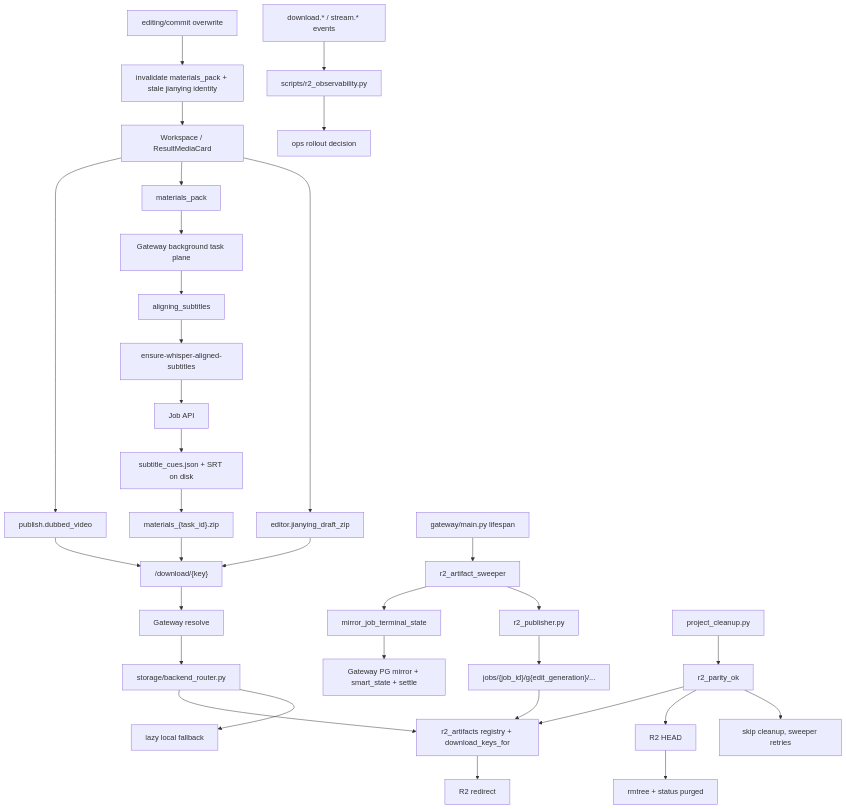
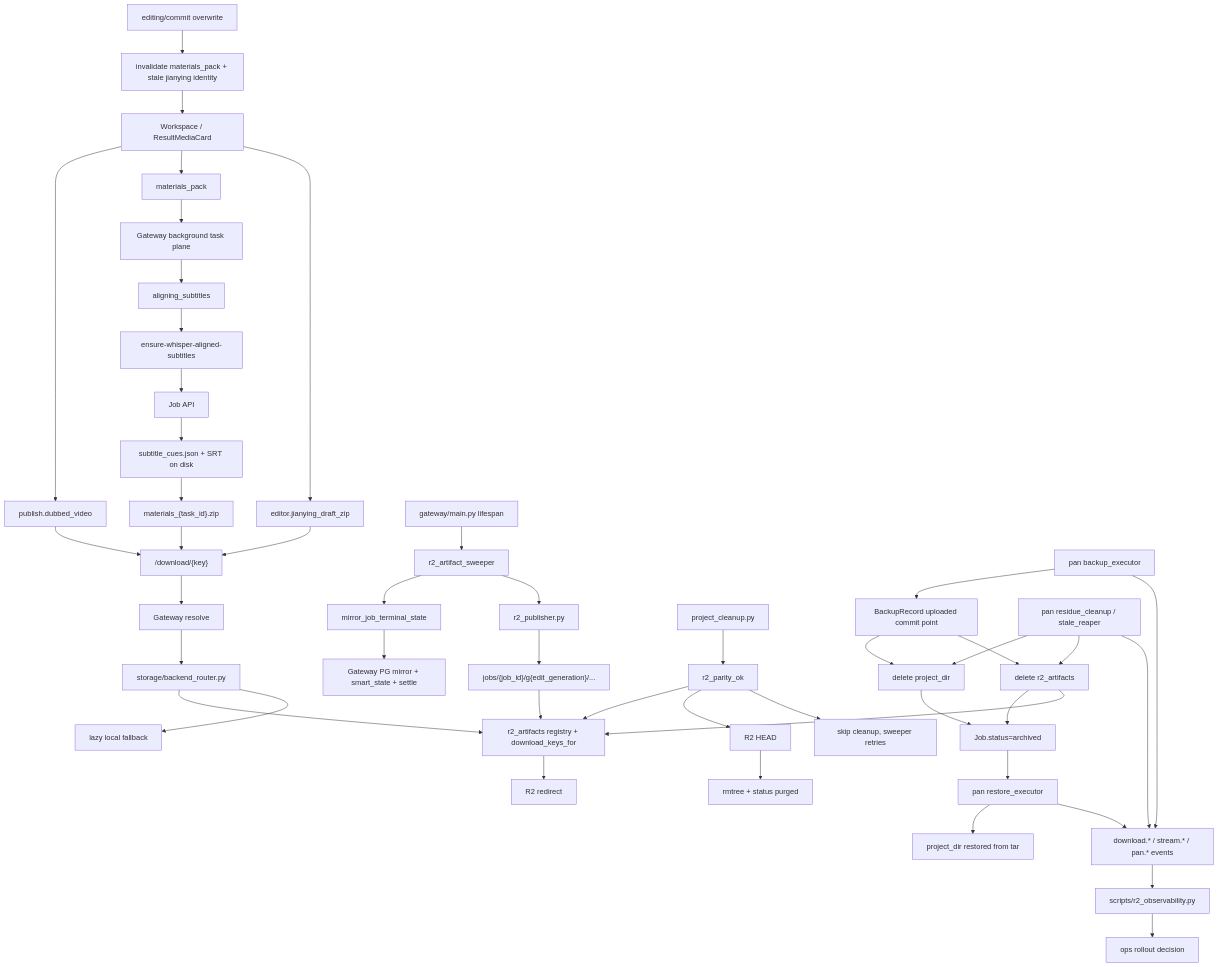
The diagram in docs/graphs/GITNEXUS_STORAGE_DELIVERY_R2_GRAPH.md (sun9bear/AITransVideo), drawn with Mermaid before and after one commit. The commit also changed other lines of this file and 14 other files, not shown here.

Commit message:
docs(graphs): refresh GitNexus project maps

````diff
--- a/docs/graphs/GITNEXUS_STORAGE_DELIVERY_R2_GRAPH.md
+++ b/docs/graphs/GITNEXUS_STORAGE_DELIVERY_R2_GRAPH.md
@@ -18,41 +19,55 @@
 ```mermaid
 graph TD
     ResultUI["Workspace / ResultMediaCard"] --> Video["publish.dubbed_video"]
     ResultUI --> Pack["materials_pack"]
     ResultUI --> JDraft["editor.jianying_draft_zip"]
 
     Pack --> TaskPlane["Gateway background task plane"]
     TaskPlane --> PreAlign["aligning_subtitles"]
     PreAlign --> EnsureApi["ensure-whisper-aligned-subtitles"]
     EnsureApi --> JobApi["Job API"]
     JobApi --> OnDiskSrt["subtitle_cues.json + SRT on disk"]
     OnDiskSrt --> PackZip["materials_{task_id}.zip"]
 
     Video --> DownloadKey["/download/{key}"]
     JDraft --> DownloadKey
     PackZip --> DownloadKey
     DownloadKey --> Gateway["Gateway resolve"]
     Gateway --> Router["storage/backend_router.py"]
     Router --> Registry["r2_artifacts registry + download_keys_for"]
     Registry --> R2["R2 redirect"]
     Router --> Local["lazy local fallback"]
 
     MainLife["gateway/main.py lifespan"] --> Sweeper["r2_artifact_sweeper"]
     Sweeper --> Mirror["mirror_job_terminal_state"]
     Mirror --> PG["Gateway PG mirror + smart_state + settle"]
     Sweeper --> Publisher["r2_publisher.py"]
     Publisher --> Keys["jobs/{job_id}/g{edit_generation}/..."]
     Keys --> Registry
 
     Cleanup["project_cleanup.py"] --> Parity["r2_parity_ok"]
     Parity --> Registry
     Parity --> Head["R2 HEAD"]
     Head --> Purge["rmtree + status purged"]
     Parity --> Skip["skip cleanup, sweeper retries"]
 
-    EventLog["download.* / stream.* events"] --> R2Obs["scripts/r2_observability.py"]
+    PanBackup["pan backup_executor"] --> PanUploaded["BackupRecord uploaded commit point"]
+    PanUploaded --> PanLocalDelete["delete project_dir"]
+    PanUploaded --> PanR2Delete["delete r2_artifacts"]
+    PanLocalDelete --> PanArchived["Job.status=archived"]
+    PanR2Delete --> PanArchived
+    PanArchived --> PanRestore["pan restore_executor"]
+    PanRestore --> RestoredProject["project_dir restored from tar"]
+    PanR2Delete --> Registry
+    PanResidue["pan residue_cleanup / stale_reaper"] --> PanLocalDelete
+    PanResidue --> PanR2Delete
+
+    EventLog["download.* / stream.* / pan.* events"] --> R2Obs["scripts/r2_observability.py"]
+    PanBackup --> EventLog
+    PanRestore --> EventLog
+    PanResidue --> EventLog
     R2Obs --> Ops["ops rollout decision"]
 
     EditCommit["editing/commit overwrite"] --> Invalidate["invalidate materials_pack + stale jianying identity"]
     Invalidate --> ResultUI
 ```
````
